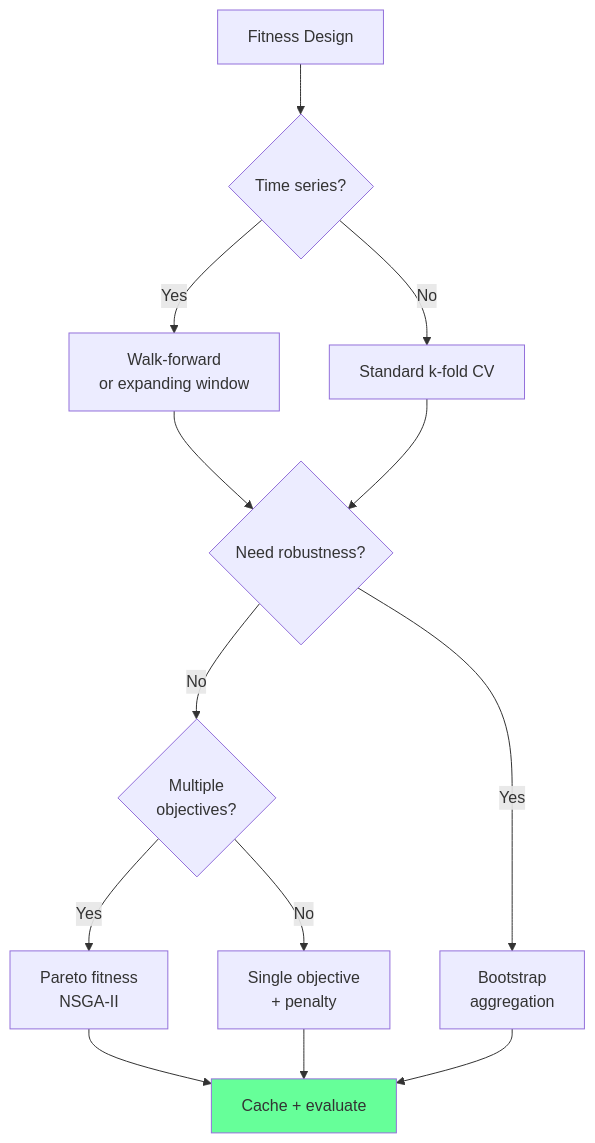
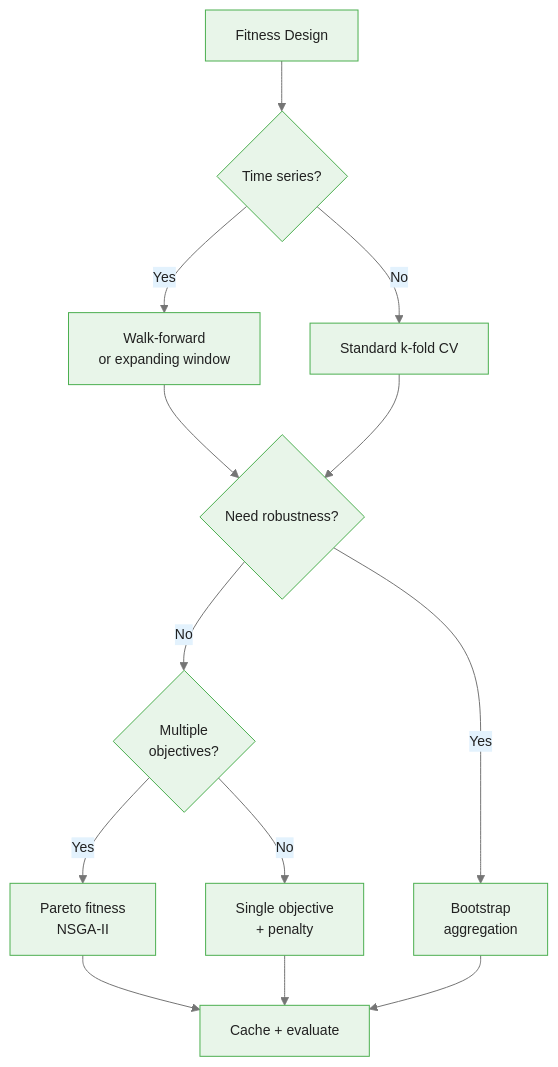
Before and after one commit to m-deane/course-creator: the fourth of 4 diagrams in courses/genetic-algorithms-feature-selection/modules/module_02_fitness/guides/01_fitness_functions_slides.md, drawn with Mermaid. The commit also changed other lines of this file and 52 other files, not shown here.

````diff
--- a/courses/genetic-algorithms-feature-selection/modules/module_02_fitness/guides/01_fitness_functions_slides.md
+++ b/courses/genetic-algorithms-feature-selection/modules/module_02_fitness/guides/01_fitness_functions_slides.md
@@ -382,16 +382,16 @@
 ```mermaid
+%%{init: {"theme": "base", "themeVariables": {"primaryColor": "#e8f5e9", "primaryBorderColor": "#4caf50", "primaryTextColor": "#212121", "secondaryColor": "#e3f2fd", "tertiaryColor": "#fff8e1", "lineColor": "#757575", "fontFamily": "Inter, sans-serif", "fontSize": "14px"}}}%%
 flowchart TD
     A["Fitness Design"] --> B{"Time series?"}
     B -->|Yes| C["Walk-forward<br/>or expanding window"]
     B -->|No| D["Standard k-fold CV"]
     C --> E{"Need robustness?"}
     D --> E
     E -->|Yes| F["Bootstrap<br/>aggregation"]
     E -->|No| G{"Multiple<br/>objectives?"}
     G -->|Yes| H["Pareto fitness<br/>NSGA-II"]
     G -->|No| I["Single objective<br/>+ penalty"]
     H --> J["Cache + evaluate"]
     I --> J
     F --> J
-    style J fill:#6f9
 ```
````
